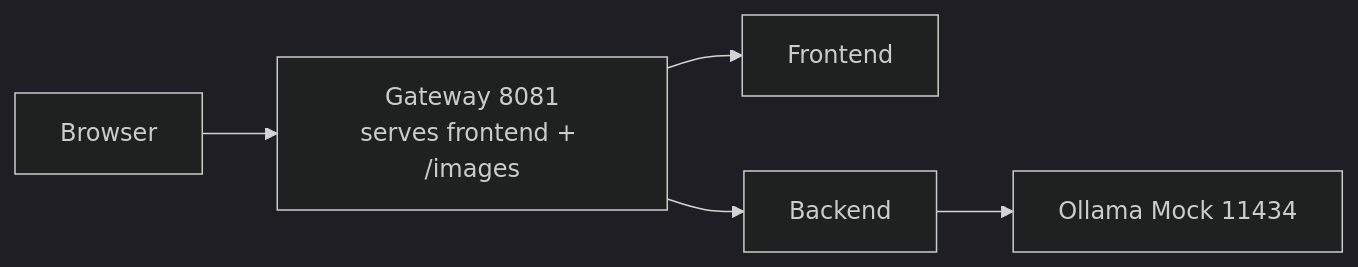
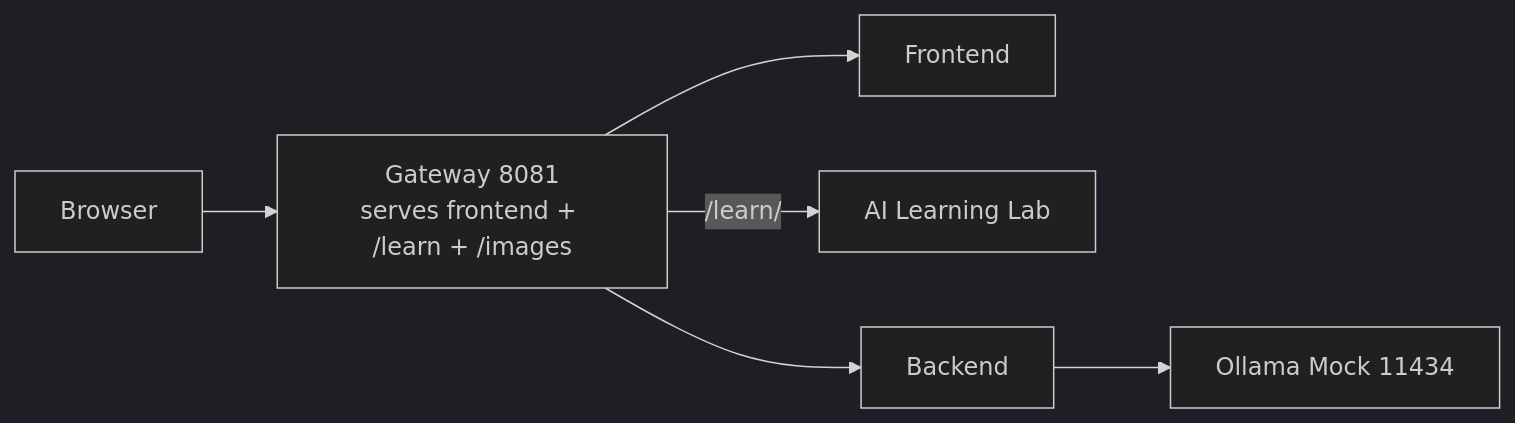
The first of 3 diagrams in docs/PROFILE_URLS.md (slawekradzyminski/awesome-localstack), drawn with Mermaid (dark theme) before and after one commit. The commit also changed other lines of this file and 27 other files, not shown here.

First line of the commit message:
Integrate standalone AI Learning Lab release (#16)

````diff
--- a/docs/PROFILE_URLS.md
+++ b/docs/PROFILE_URLS.md
@@ -38,7 +39,8 @@
 ```mermaid
 flowchart LR
-    U[Browser] --> G[Gateway 8081<br/>serves frontend + /images]
+    U[Browser] --> G[Gateway 8081<br/>serves frontend + /learn + /images]
     G --> F[Frontend]
+    G -->|/learn/| L[AI Learning Lab]
     G --> B[Backend]
     B --> O[Ollama Mock 11434]
 ```
````
